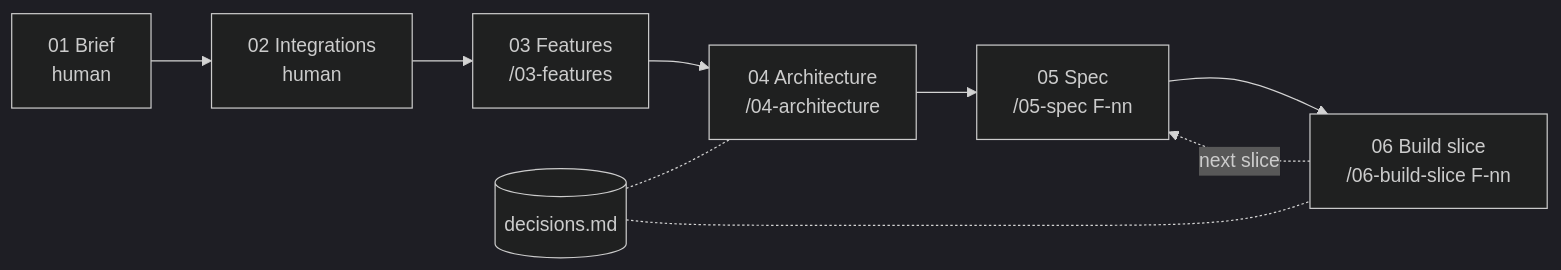
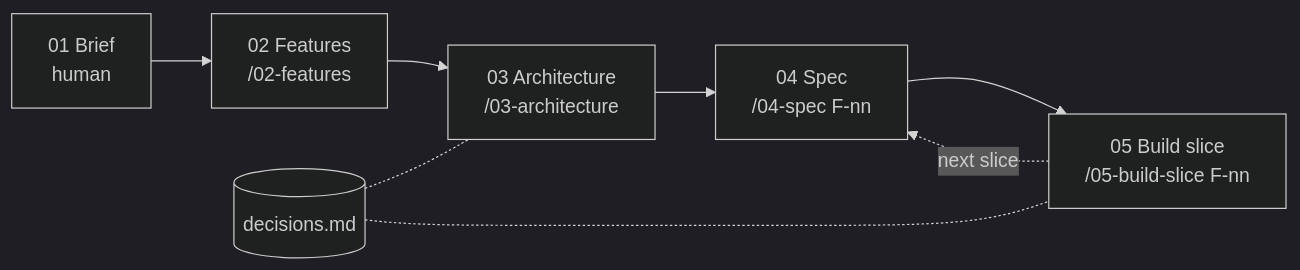
Before and after one commit to pskorupinski/digital-transformation-project-ai-harness: the diagram in README.md, drawn with Mermaid (dark theme). The commit also changed other lines of this file and 26 other files, not shown here.

````diff
--- a/README.md
+++ b/README.md
@@ -23,11 +23,10 @@
 ```mermaid
 flowchart LR
-    B["01 Brief<br/>human"] --> I["02 Integrations<br/>human"]
-    I --> F["03 Features<br/>/03-features"]
-    F --> A["04 Architecture<br/>/04-architecture"]
-    A --> S["05 Spec<br/>/05-spec F-nn"]
-    S --> C["06 Build slice<br/>/06-build-slice F-nn"]
+    B["01 Brief<br/>human"] --> F["02 Features<br/>/02-features"]
+    F --> A["03 Architecture<br/>/03-architecture"]
+    A --> S["04 Spec<br/>/04-spec F-nn"]
+    S --> C["05 Build slice<br/>/05-build-slice F-nn"]
     C -. next slice .-> S
     D[("decisions.md")] -.- A
     D -.- C
 ```
````
